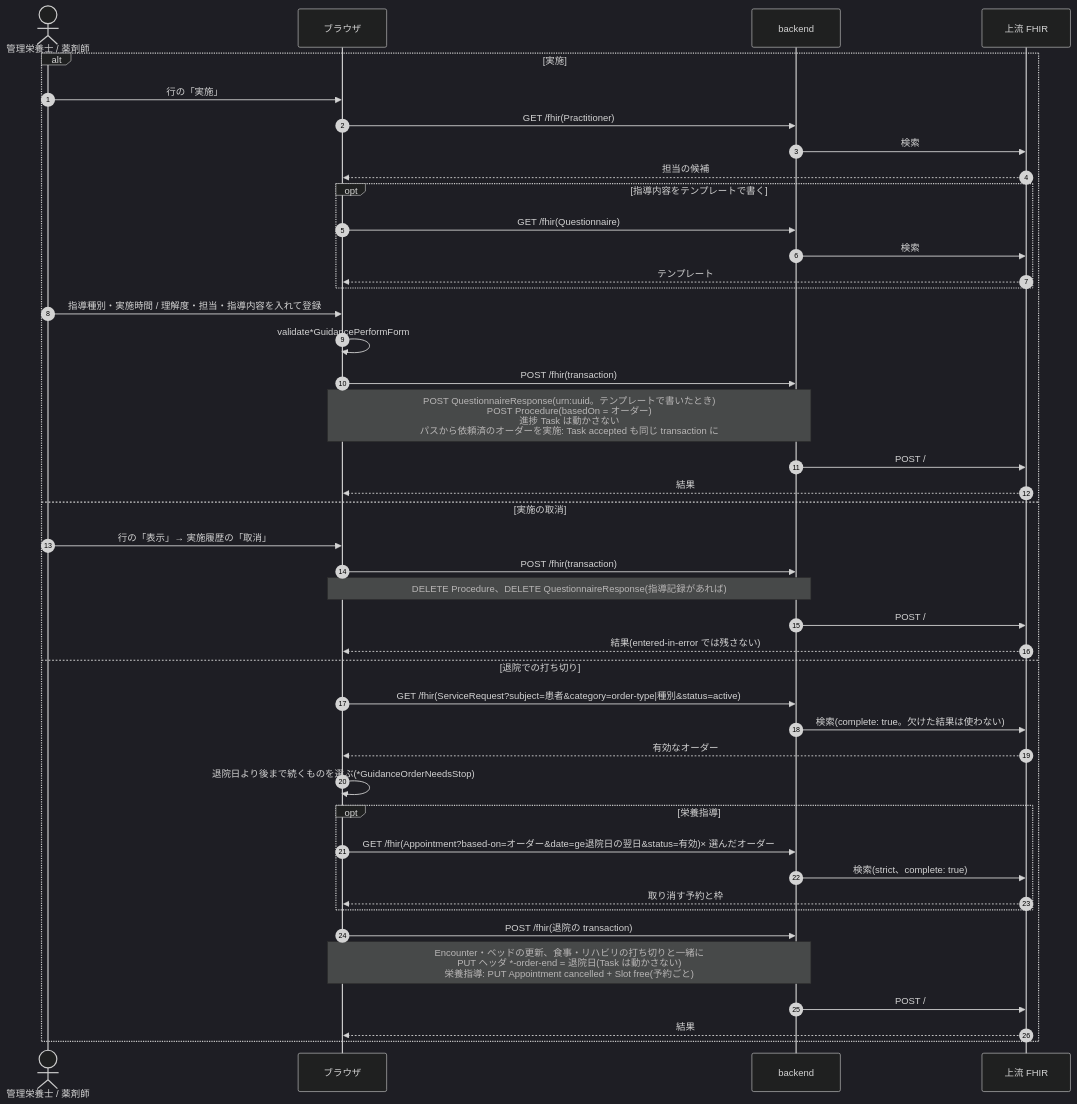
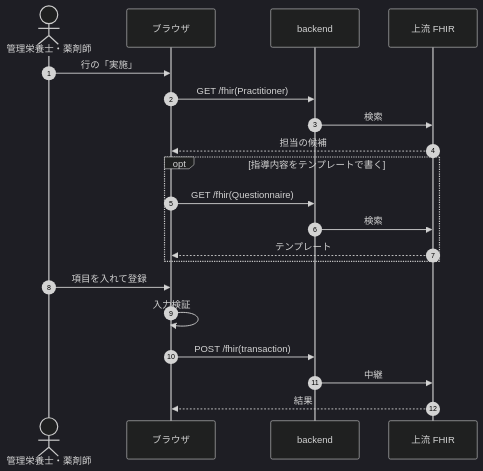
The seventh of 9 diagrams in docs/dev/guidance.md (ysnr-dev/fhir-client-docs), drawn with Mermaid (dark theme) before and after one commit. The commit also changed other lines of this file and 43 other files, not shown here.

Commit message:
docs: 業務フローとシーケンス図を写し直し

````diff
--- a/docs/dev/guidance.md
+++ b/docs/dev/guidance.md
@@ -165,46 +320,23 @@
 ```mermaid
 sequenceDiagram
   autonumber
-  actor Staff as 管理栄養士 / 薬剤師
+  actor Staff as 管理栄養士・薬剤師
   participant UI as ブラウザ
   participant BE as backend
   participant FHIR as 上流 FHIR
 
-  alt 実施
-    Staff->>UI: 行の「実施」
-    UI->>BE: GET /fhir(Practitioner)
+  Staff->>UI: 行の「実施」
+  UI->>BE: GET /fhir(Practitioner)
+  BE->>FHIR: 検索
+  FHIR-->>UI: 担当の候補
+  opt 指導内容をテンプレートで書く
+    UI->>BE: GET /fhir(Questionnaire)
     BE->>FHIR: 検索
-    FHIR-->>UI: 担当の候補
-    opt 指導内容をテンプレートで書く
-      UI->>BE: GET /fhir(Questionnaire)
-      BE->>FHIR: 検索
-      FHIR-->>UI: テンプレート
-    end
-    Staff->>UI: 指導種別・実施時間 / 理解度・担当・指導内容を入れて登録
-    UI->>UI: validate*GuidancePerformForm
-    UI->>BE: POST /fhir(transaction)
-    Note over UI,BE: POST QuestionnaireResponse(urn:uuid。テンプレートで書いたとき)<br/>POST Procedure(basedOn = オーダー)<br/>進捗 Task は動かさない<br/>パスから依頼済のオーダーを実施: Task accepted も同じ transaction に
-    BE->>FHIR: POST /
-    FHIR-->>UI: 結果
-  else 実施の取消
-    Staff->>UI: 行の「表示」→ 実施履歴の「取消」
-    UI->>BE: POST /fhir(transaction)
-    Note over UI,BE: DELETE Procedure、DELETE QuestionnaireResponse(指導記録があれば)
-    BE->>FHIR: POST /
-    FHIR-->>UI: 結果(entered-in-error では残さない)
-  else 退院での打ち切り
-    UI->>BE: GET /fhir(ServiceRequest?subject=患者&category=order-type|種別&status=active)
-    BE->>FHIR: 検索(complete: true。欠けた結果は使わない)
-    FHIR-->>UI: 有効なオーダー
-    UI->>UI: 退院日より後まで続くものを選ぶ(*GuidanceOrderNeedsStop)
-    opt 栄養指導
-      UI->>BE: GET /fhir(Appointment?based-on=オーダー&date=ge退院日の翌日&status=有効)× 選んだオーダー
-      BE->>FHIR: 検索(strict、complete: true)
-      FHIR-->>UI: 取り消す予約と枠
-    end
-    UI->>BE: POST /fhir(退院の transaction)
-    Note over UI,BE: Encounter・ベッドの更新、食事・リハビリの打ち切りと一緒に<br/>PUT ヘッダ *-order-end = 退院日(Task は動かさない)<br/>栄養指導: PUT Appointment cancelled + Slot free(予約ごと)
-    BE->>FHIR: POST /
-    FHIR-->>UI: 結果
+    FHIR-->>UI: テンプレート
   end
+  Staff->>UI: 項目を入れて登録
+  UI->>UI: 入力検証
+  UI->>BE: POST /fhir(transaction)
+  BE->>FHIR: 中継
+  FHIR-->>UI: 結果
 ```
````
